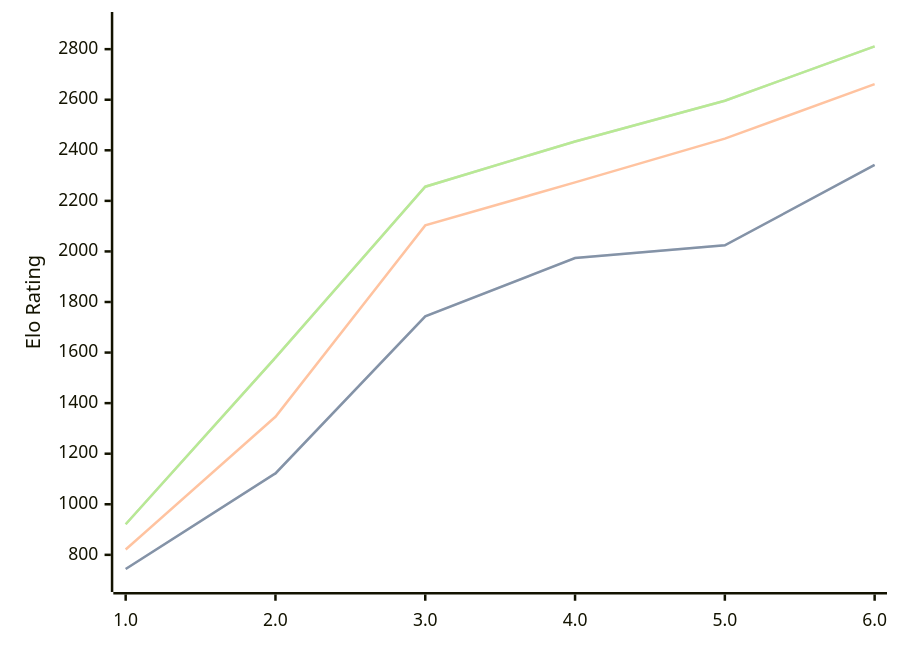
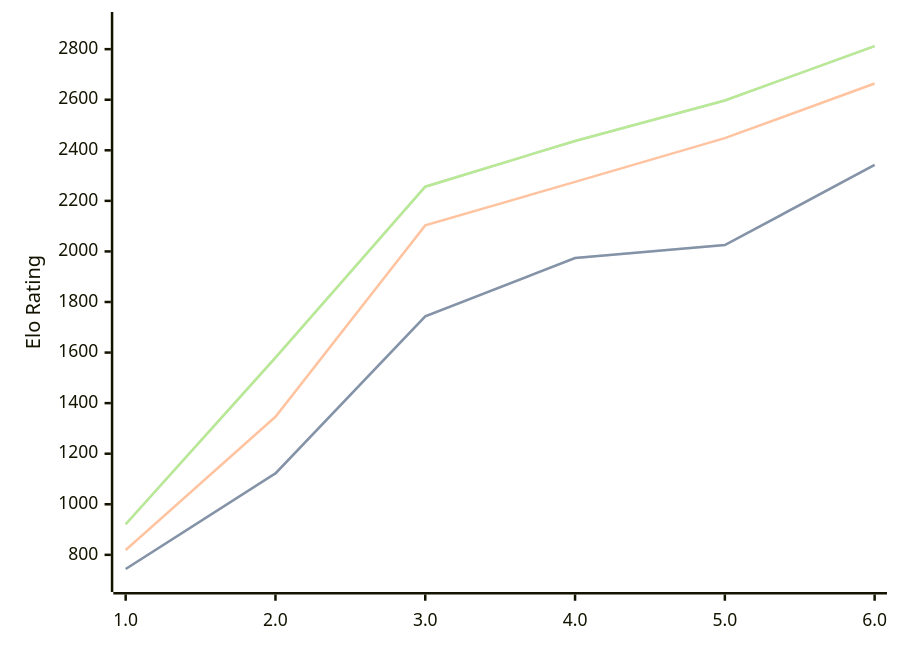
One commit to computer-chess-index/cci changed the diagram in engines/Pea.md. Above: the diagram before and after it, drawn with Mermaid. The commit also changed other lines of this file, not shown here.

Commit message:
Update CCI Ratings (ELO VLTC) - 2026-04-25

````diff
--- a/engines/Pea.md
+++ b/engines/Pea.md
@@ -36,11 +36,11 @@
 ```mermaid
 %%{init: {"theme":"base","themeVariables":{"seriesColors:['#a3a3a3','#222221','#faa371']}}}%%
 xychart-beta
   x-axis ["1.0", "2.0", "3.0", "4.0", "5.0", "6.0"]
   y-axis "Elo Rating" 700 --> 2900
-  line "STC (8.0+0.08s)" [744, 1122, 1743, 1974, 2024, 2342]
-  line "STC (8.0+0.08s)" [744, 1122, 1743, 1974, 2024, 2342]
-  line "LTC (60.0+0.60s)" [821, 1346, 2103, 2273, 2446, 2662]
-  line "VLTC (2m24s+1.12s)" [921, 1580, 2256, 2435, 2596, 2811]
-  line "VLTC (2m24s+1.12s)" [921, 1580, 2256, 2435, 2596, 2811]
+  line "STC (8.0+0.08s)" [744, 1122, 1743, 1974, 2025, 2342]
+  line "STC (8.0+0.08s)" [744, 1122, 1743, 1974, 2025, 2342]
+  line "LTC (60.0+0.60s)" [819, 1346, 2103, 2275, 2448, 2664]
+  line "VLTC (2m24s+1.12s)" [921, 1580, 2256, 2437, 2597, 2812]
+  line "VLTC (2m24s+1.12s)" [921, 1580, 2256, 2437, 2597, 2812]
 ```
````
